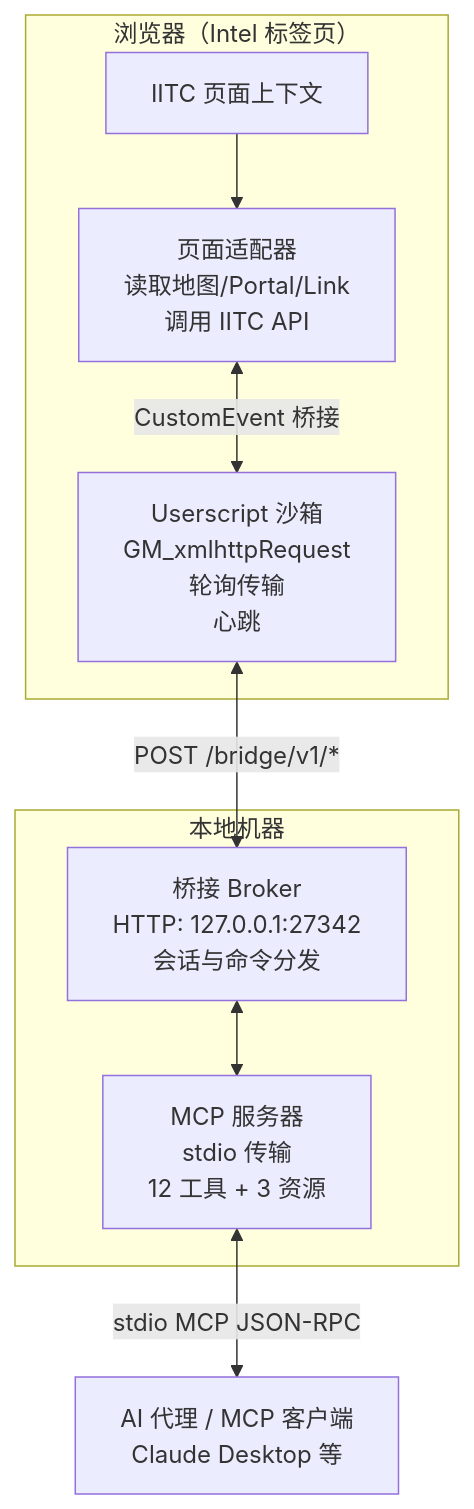
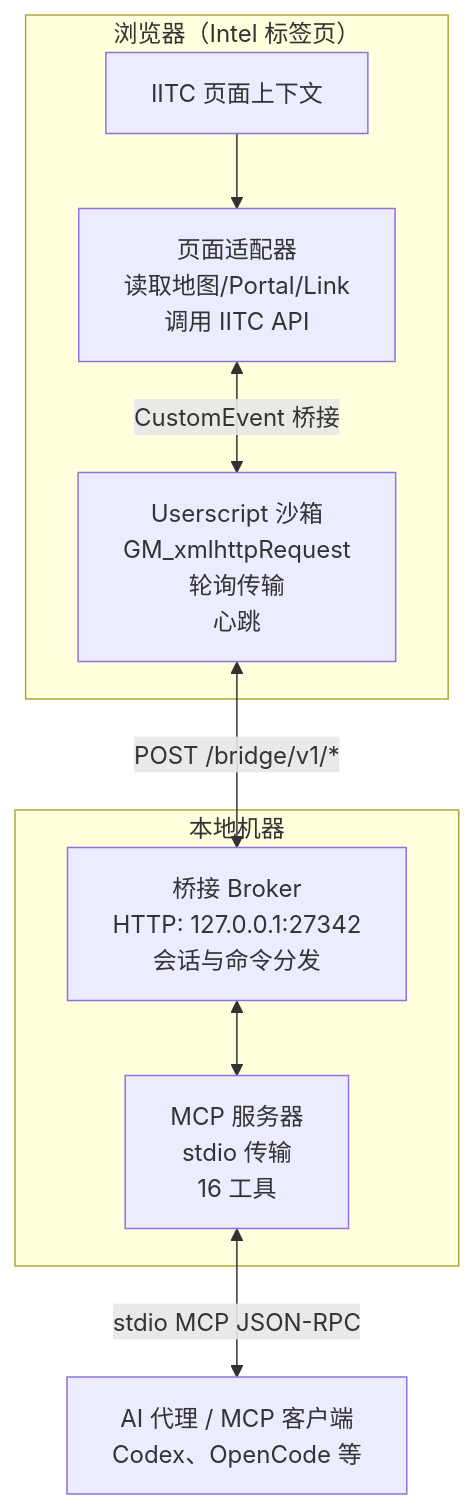
Before and after one commit to comicchang/iitc-mcp: the diagram in README_zh.md, drawn with Mermaid. The commit also changed other lines of this file and 4 other files, not shown here.

````diff
--- a/README_zh.md
+++ b/README_zh.md
@@ -68,21 +74,21 @@
 ```mermaid
 flowchart TB
     subgraph Browser["浏览器（Intel 标签页）"]
         IITC["IITC 页面上下文"]
         PA["页面适配器<br/>读取地图/Portal/Link<br/>调用 IITC API"]
         US["Userscript 沙箱<br/>GM_xmlhttpRequest<br/>轮询传输<br/>心跳"]
     end
 
     subgraph Local["本地机器"]
         BR["桥接 Broker<br/>HTTP: 127.0.0.1:27342<br/>会话与命令分发"]
-        MCPS["MCP 服务器<br/>stdio 传输<br/>12 工具 + 3 资源"]
+        MCPS["MCP 服务器<br/>stdio 传输<br/>16 工具"]
     end
 
-    AGENT["AI 代理 / MCP 客户端<br/>Claude Desktop 等"]
+    AGENT["AI 代理 / MCP 客户端<br/>Codex、OpenCode 等"]
 
     IITC --> PA
     PA <-->|CustomEvent 桥接| US
     US <-->|"POST /bridge/v1/*"| BR
     BR <--> MCPS
     MCPS <-->|"stdio MCP JSON-RPC"| AGENT
 ```
````
